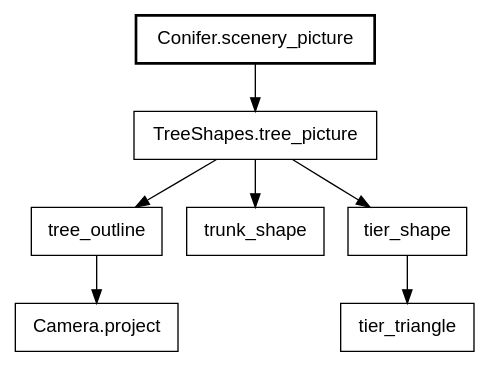
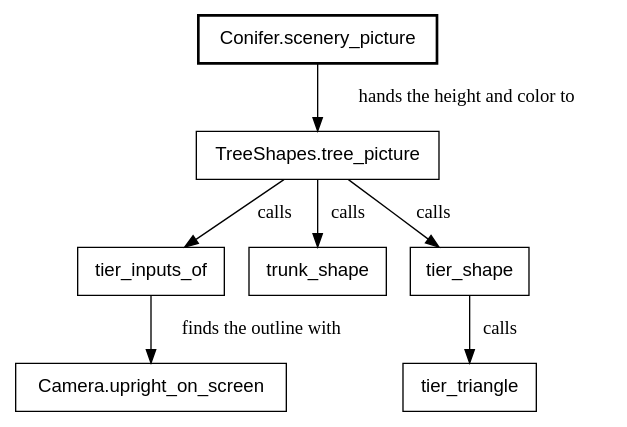
Before and after one commit to showell/roc-apps: the seventh of 30 diagrams in canvas_apps/safari/tutorial/tutorial.md, drawn with Graphviz. The commit also changed other lines of this file, not shown here.

First line of the commit message:
Safari book opening: fix the fact-checker's findings through A simple tree

````diff
--- a/canvas_apps/safari/tutorial/tutorial.md
+++ b/canvas_apps/safari/tutorial/tutorial.md
@@ -473,12 +481,12 @@
 ```dot
 digraph tree {
   node [shape=box, fontname="Helvetica"];
   "Conifer.scenery_picture" [style=bold];
-  "Conifer.scenery_picture" -> "TreeShapes.tree_picture";
-  "TreeShapes.tree_picture" -> "tree_outline";
-  "tree_outline" -> "Camera.project";
-  "TreeShapes.tree_picture" -> "trunk_shape";
-  "TreeShapes.tree_picture" -> "tier_shape";
-  "tier_shape" -> "tier_triangle";
+  "Conifer.scenery_picture" -> "TreeShapes.tree_picture" [label="  hands the height and color to"];
+  "TreeShapes.tree_picture" -> "tier_inputs_of" [label="  calls"];
+  "tier_inputs_of" -> "Camera.upright_on_screen" [label="  finds the outline with"];
+  "TreeShapes.tree_picture" -> "trunk_shape" [label="  calls"];
+  "TreeShapes.tree_picture" -> "tier_shape" [label="  calls"];
+  "tier_shape" -> "tier_triangle" [label="  calls"];
 }
 ```
````
